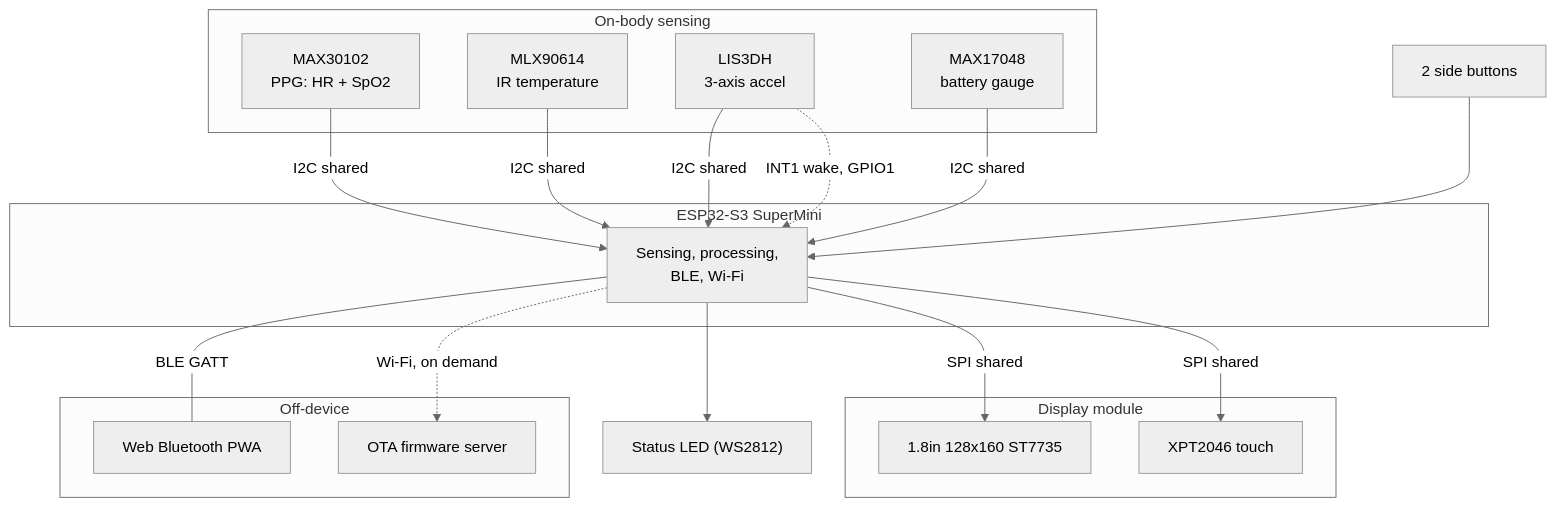
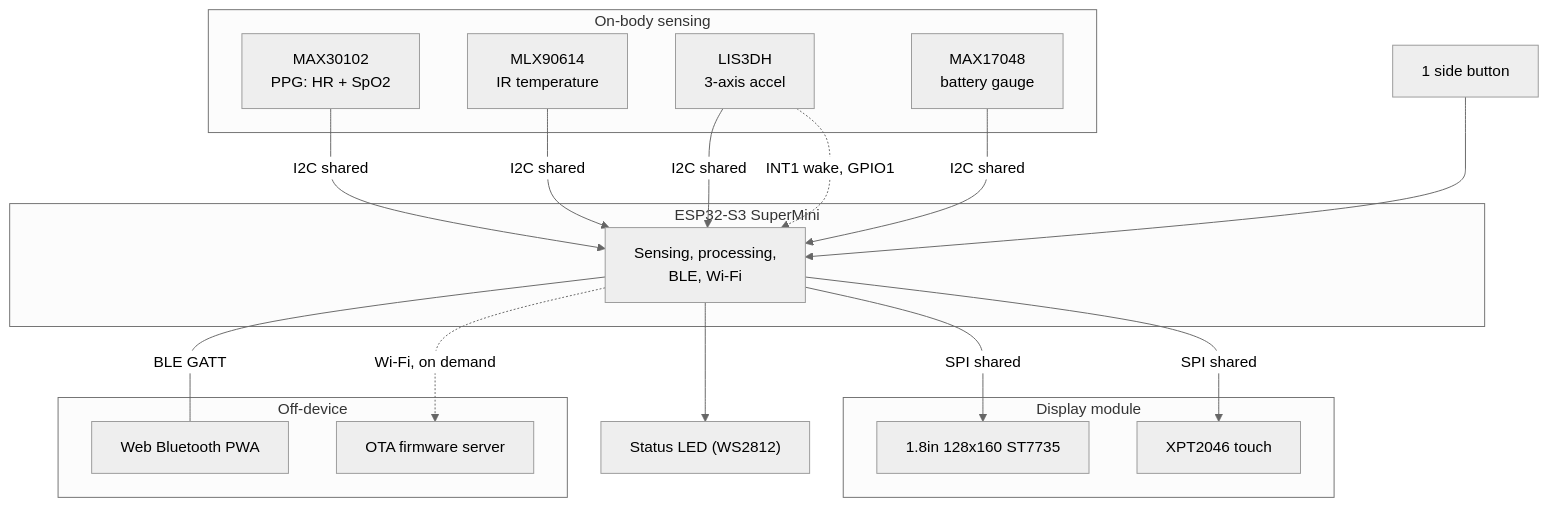
Before and after one commit to TheWebDevEhi/health-wearable: the first of 8 diagrams in readme.md, drawn with Mermaid (neutral theme). The commit also changed other lines of this file and 6 other files, not shown here.

````diff
--- a/readme.md
+++ b/readme.md
@@ -50,40 +50,40 @@
 ```mermaid
 flowchart TB
     subgraph BODY["On-body sensing"]
         PPG["MAX30102<br/>PPG: HR + SpO2"]
         TEMP["MLX90614<br/>IR temperature"]
         ACCEL["LIS3DH<br/>3-axis accel"]
         FUEL["MAX17048<br/>battery gauge"]
     end
 
     subgraph MCUBOX["ESP32-S3 SuperMini"]
         CORE["Sensing, processing,<br/>BLE, Wi-Fi"]
     end
 
     subgraph UI["Display module"]
         LCD["1.8in 128x160 ST7735"]
         TOUCH["XPT2046 touch"]
     end
 
     LED["Status LED (WS2812)"]
-    BTN["2 side buttons"]
+    BTN["1 side button"]
 
     subgraph PHONE["Off-device"]
         PWA["Web Bluetooth PWA"]
         OTA["OTA firmware server"]
     end
 
     PPG -->|I2C shared| CORE
     TEMP -->|I2C shared| CORE
     ACCEL -->|I2C shared| CORE
     ACCEL -.->|INT1 wake, GPIO1| CORE
     FUEL -->|I2C shared| CORE
 
     CORE -->|SPI shared| LCD
     CORE -->|SPI shared| TOUCH
     CORE --> LED
     BTN --> CORE
 
     CORE ---|BLE GATT| PWA
     CORE -.->|Wi-Fi, on demand| OTA
 ```
````
